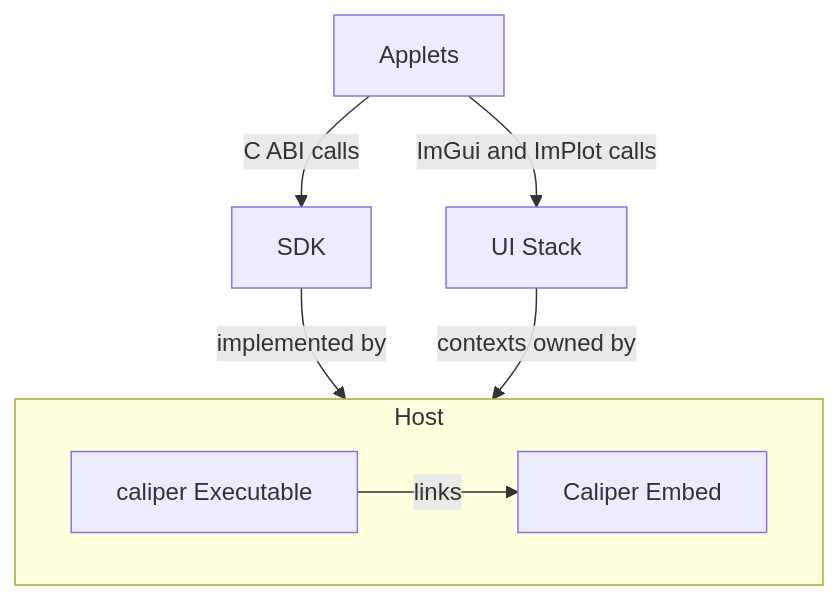
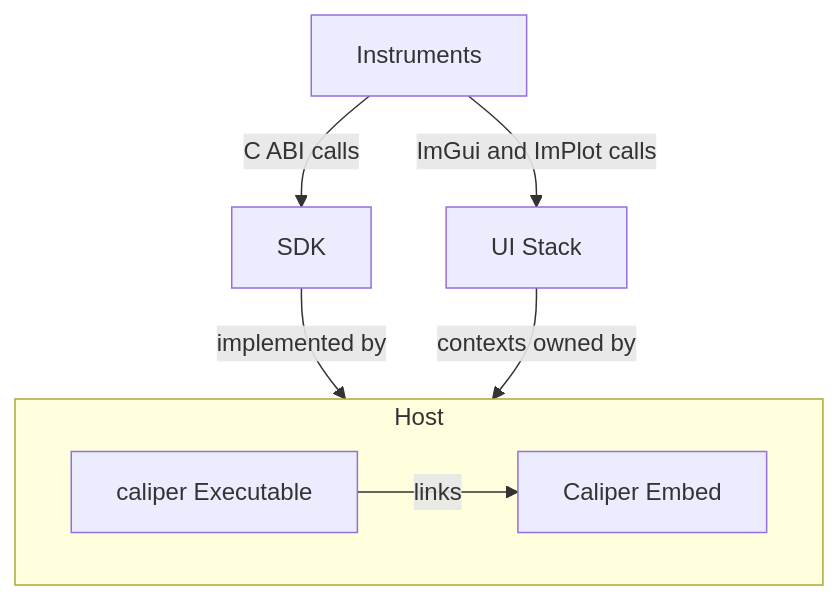
One commit to AhmedKhan-GH/caliper changed the diagram in docs/introduction/architecture.md. Above: the diagram before and after it, drawn with Mermaid. The commit also changed other lines of this file and 87 other files, not shown here.

````diff
--- a/docs/introduction/architecture.md
+++ b/docs/introduction/architecture.md
@@ -9,10 +9,10 @@
 ```mermaid
 flowchart TB
-    applets[Applets] -->|C ABI calls| sdk[SDK]
-    applets -->|ImGui and ImPlot calls| ui[UI Stack]
+    instruments[Instruments] -->|C ABI calls| sdk[SDK]
+    instruments -->|ImGui and ImPlot calls| ui[UI Stack]
     sdk -->|implemented by| host
     ui -->|contexts owned by| host
     subgraph host[Host]
         exe[caliper Executable] -->|links| embed[Caliper Embed]
     end
 ```
````
